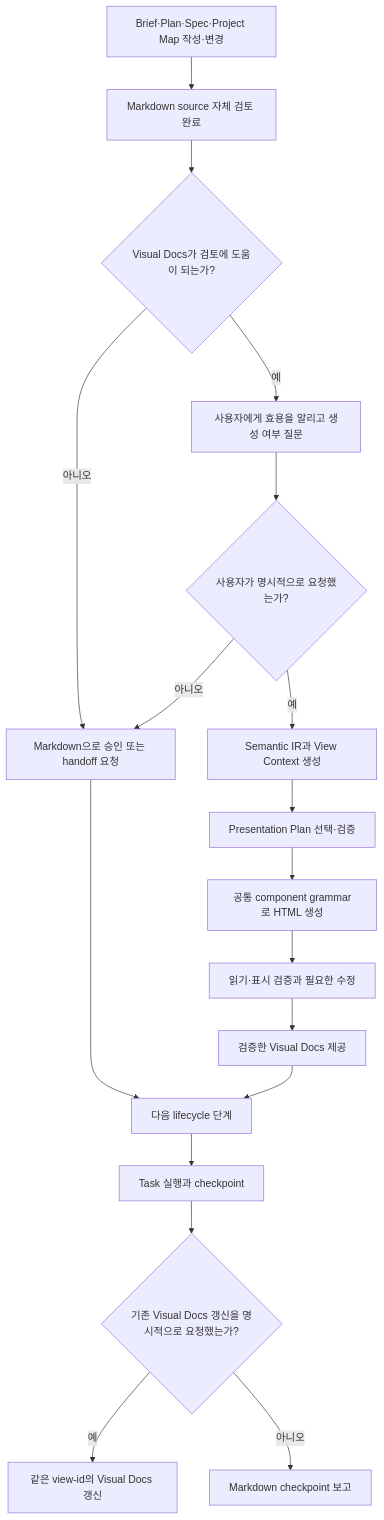
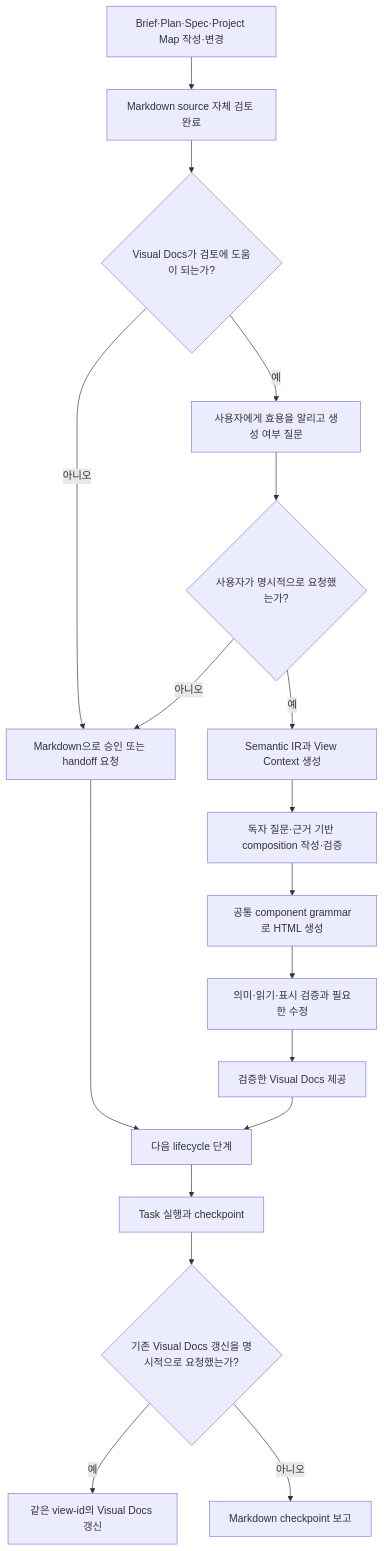
The first of 3 diagrams in docs/specs/review-viewer-lifecycle/human-readable-review-viewer.md (hope1026/aiagent-plugins), drawn with Mermaid before and after one commit. The commit also changed other lines of this file and 45 other files, not shown here.

````diff
--- a/docs/specs/review-viewer-lifecycle/human-readable-review-viewer.md
+++ b/docs/specs/review-viewer-lifecycle/human-readable-review-viewer.md
@@ -43,20 +44,20 @@
 ```mermaid
 flowchart TD
     A[Brief·Plan·Spec·Project Map 작성·변경] --> B[Markdown source 자체 검토 완료]
     B --> C{Visual Docs가 검토에 도움이 되는가?}
     C -- 예 --> D[사용자에게 효용을 알리고 생성 여부 질문]
     C -- 아니오 --> E[Markdown으로 승인 또는 handoff 요청]
     D --> F{사용자가 명시적으로 요청했는가?}
     F -- 예 --> G[Semantic IR과 View Context 생성]
     F -- 아니오 --> E
-    G --> GP[Presentation Plan 선택·검증]
+    G --> GP[독자 질문·근거 기반 composition 작성·검증]
     GP --> GR[공통 component grammar로 HTML 생성]
-    GR --> QA[읽기·표시 검증과 필요한 수정]
+    GR --> QA[의미·읽기·표시 검증과 필요한 수정]
     QA --> H[검증한 Visual Docs 제공]
     E --> I[다음 lifecycle 단계]
     H --> I
     I --> J[Task 실행과 checkpoint]
     J --> K{기존 Visual Docs 갱신을 명시적으로 요청했는가?}
     K -- 예 --> L[같은 view-id의 Visual Docs 갱신]
     K -- 아니오 --> M[Markdown checkpoint 보고]
 ```
````
